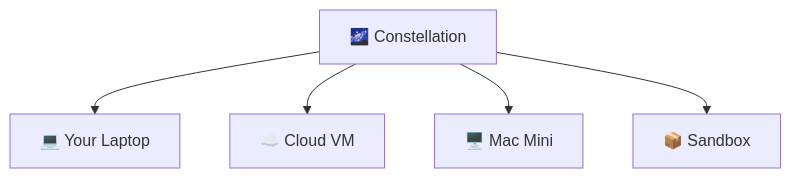
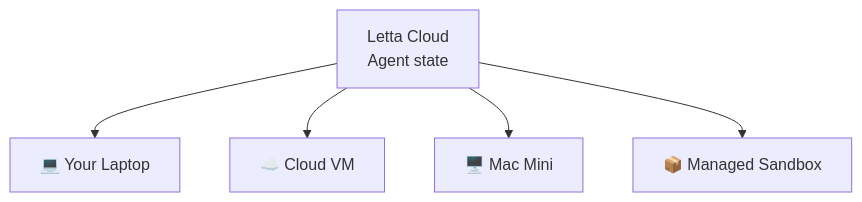
The diagram in README.md (letta-ai/letta-code), drawn with Mermaid before and after one commit. The commit also changed other lines of this file and 38 other files, not shown here.

````diff
--- a/README.md
+++ b/README.md
@@ -57,8 +57,8 @@
 ```mermaid
 graph TD
-    Constellation["🌌 Constellation"]
-    Constellation --> A["💻 Your Laptop"]
-    Constellation --> B["☁️ Cloud VM"]
-    Constellation --> C["🖥️ Mac Mini"]
-    Constellation --> D["📦 Sandbox"]
+    LettaCloud["Letta Cloud<br/>Agent state"]
+    LettaCloud --> A["💻 Your Laptop"]
+    LettaCloud --> B["☁️ Cloud VM"]
+    LettaCloud --> C["🖥️ Mac Mini"]
+    LettaCloud --> D["📦 Managed Sandbox"]
 ```
````
